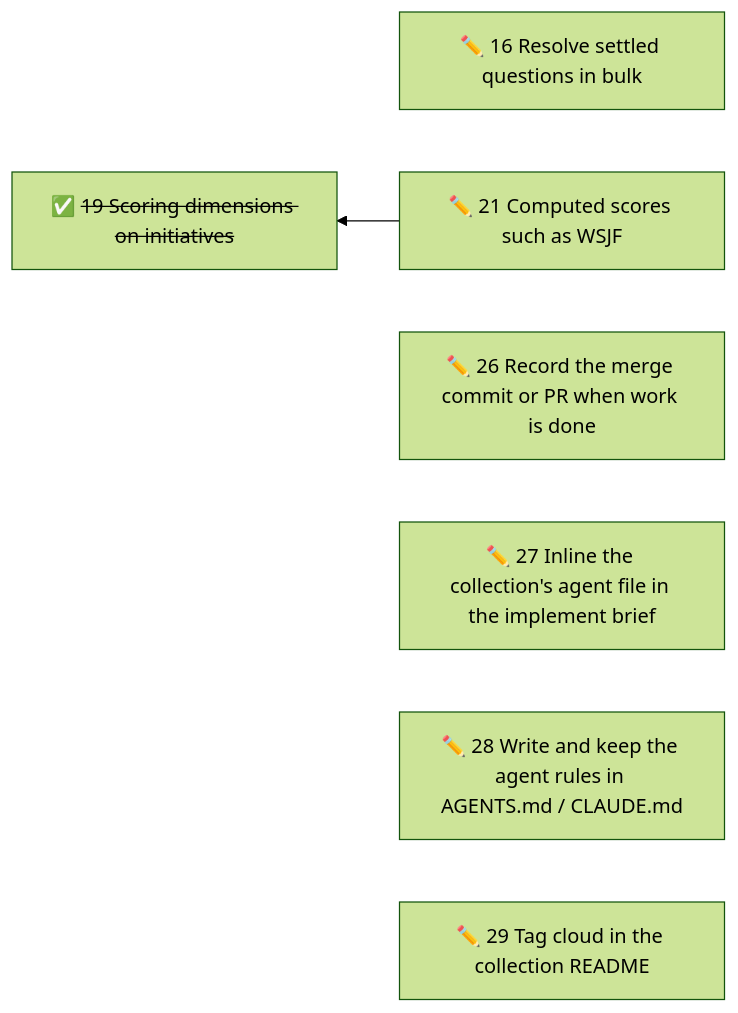
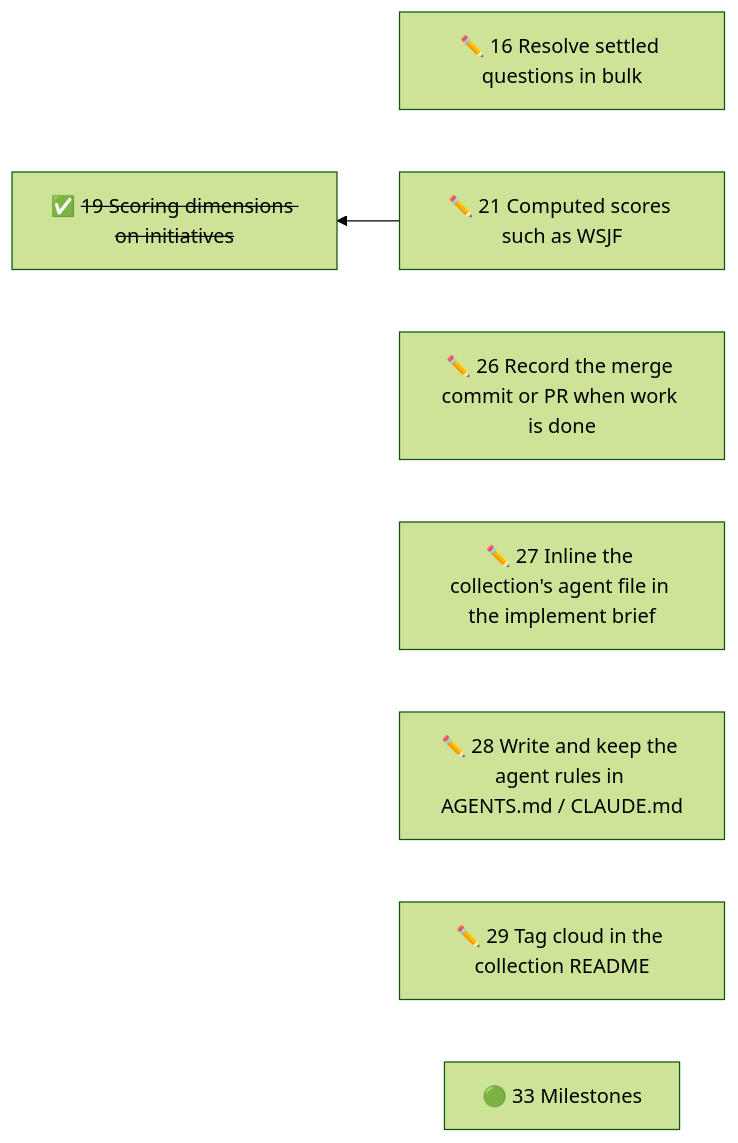
Before and after one commit to duckAsteroid/brindley: the diagram in initiatives/README.md, drawn with Mermaid (forest theme). The commit also changed other lines of this file and 1 other file, not shown here.

Commit message:
docs(initiatives): design milestones

````diff
--- a/initiatives/README.md
+++ b/initiatives/README.md
@@ -35,18 +36,20 @@
 ```mermaid
 flowchart RL
   n16["✏️ 16 Resolve settled questions in bulk"]
   n21["✏️ 21 Computed scores such as WSJF"]
   n26["✏️ 26 Record the merge commit or PR when work is done"]
   n27["✏️ 27 Inline the collection's agent file in the implement brief"]
   n28["✏️ 28 Write and keep the agent rules in AGENTS.md / CLAUDE.md"]
   n29["✏️ 29 Tag cloud in the collection README"]
+  n33["🟢 33 Milestones"]
   n19["✅ <s>19 Scoring dimensions on initiatives</s>"]
   n21 --> n19
   click n16 href "16-resolve-settled-questions-in-bulk.md"
   click n21 href "21-computed-scores-such-as-wsjf.md"
   click n26 href "26-record-the-merge-commit-or-pr-when-work-is-done.md"
   click n27 href "27-inline-the-collection-s-agent-file-in-the-implement-brief.md"
   click n28 href "28-write-and-keep-the-agent-rules-in-agents-md-claude-md.md"
   click n29 href "29-tag-cloud-in-the-collection-readme.md"
+  click n33 href "33-milestones.md"
   click n19 href "done/19-rank-initiatives-by-scoring-dimensions.md"
 ```
````
